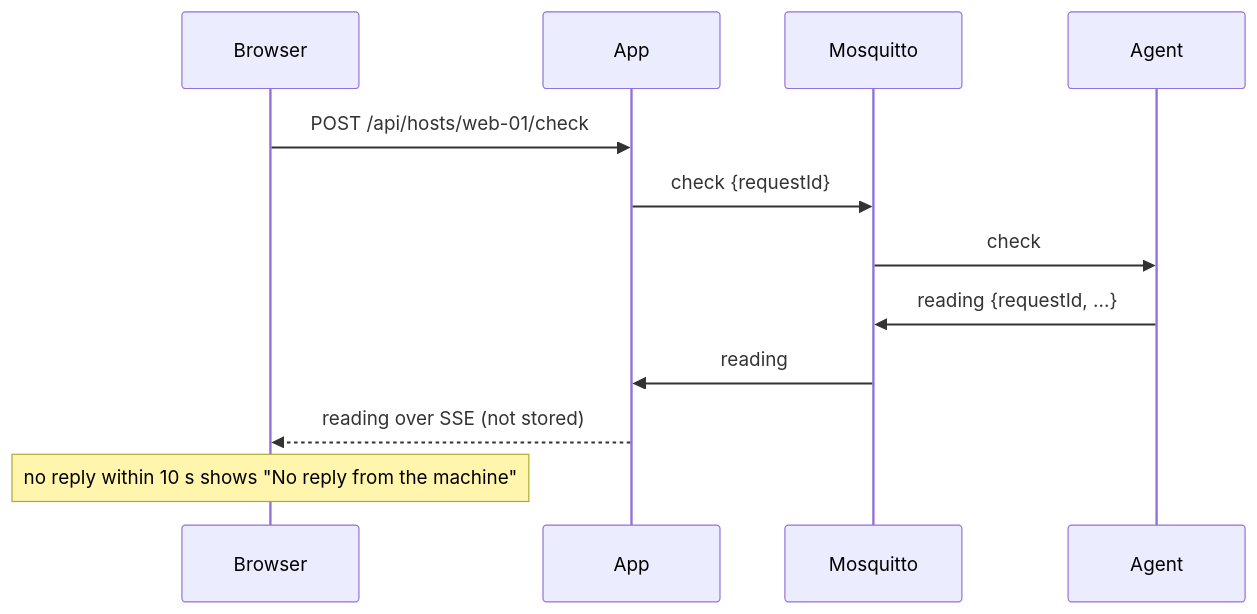
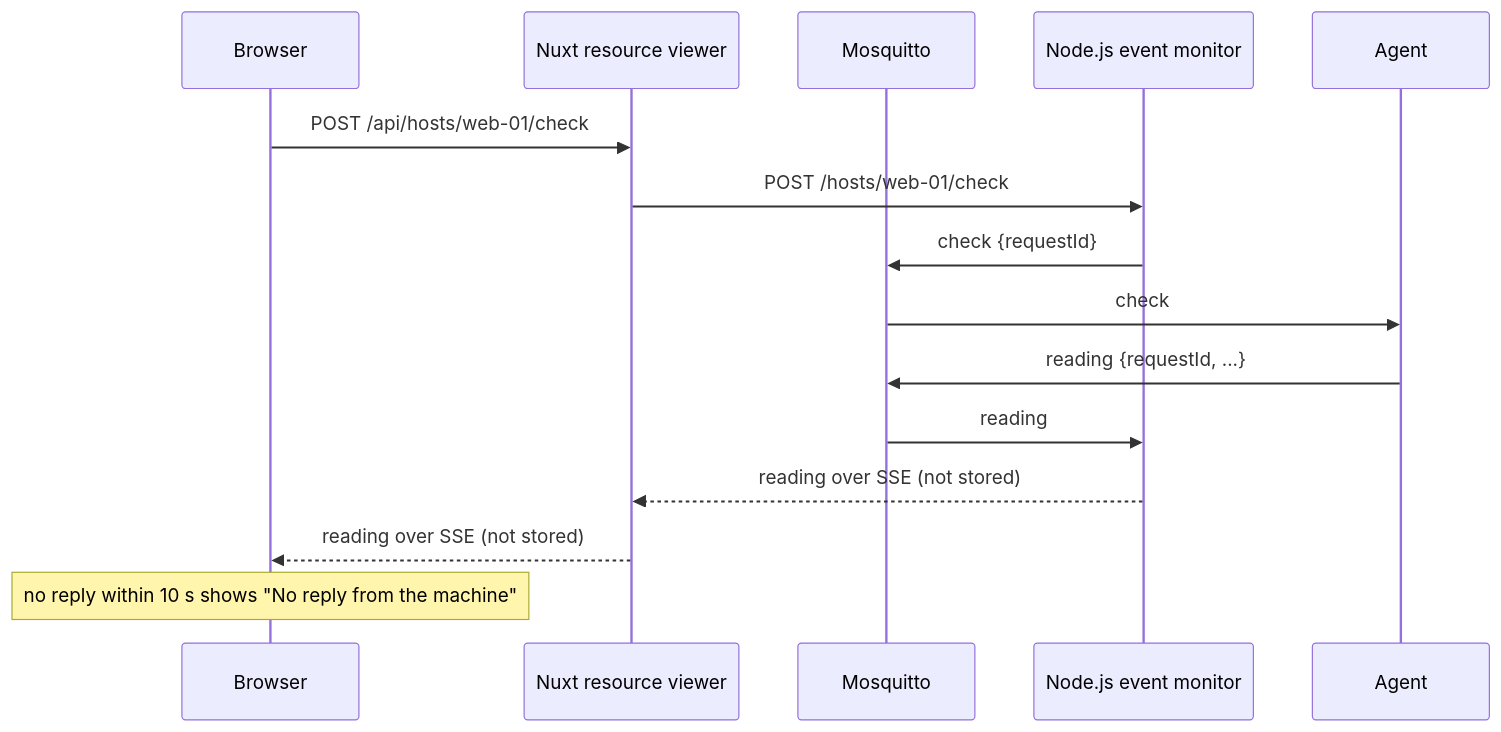
Before and after one commit to TryYourIdeas/get-server-metrics: the second of 2 diagrams in docs/user-guides/manual.md, drawn with Mermaid. The commit also changed other lines of this file and 22 other files, not shown here.

Commit message:
event monitor becomes its own node js app

````diff
--- a/docs/user-guides/manual.md
+++ b/docs/user-guides/manual.md
@@ -77,14 +82,17 @@
 ```mermaid
 sequenceDiagram
   participant B as Browser
-  participant S as App
+  participant S as Nuxt resource viewer
   participant M as Mosquitto
+  participant E as Node.js event monitor
   participant A as Agent
   B->>S: POST /api/hosts/web-01/check
-  S->>M: check {requestId}
+  S->>E: POST /hosts/web-01/check
+  E->>M: check {requestId}
   M->>A: check
   A->>M: reading {requestId, ...}
-  M->>S: reading
+  M->>E: reading
+  E-->>S: reading over SSE (not stored)
   S-->>B: reading over SSE (not stored)
   Note over B: no reply within 10 s shows "No reply from the machine"
 ```
````
